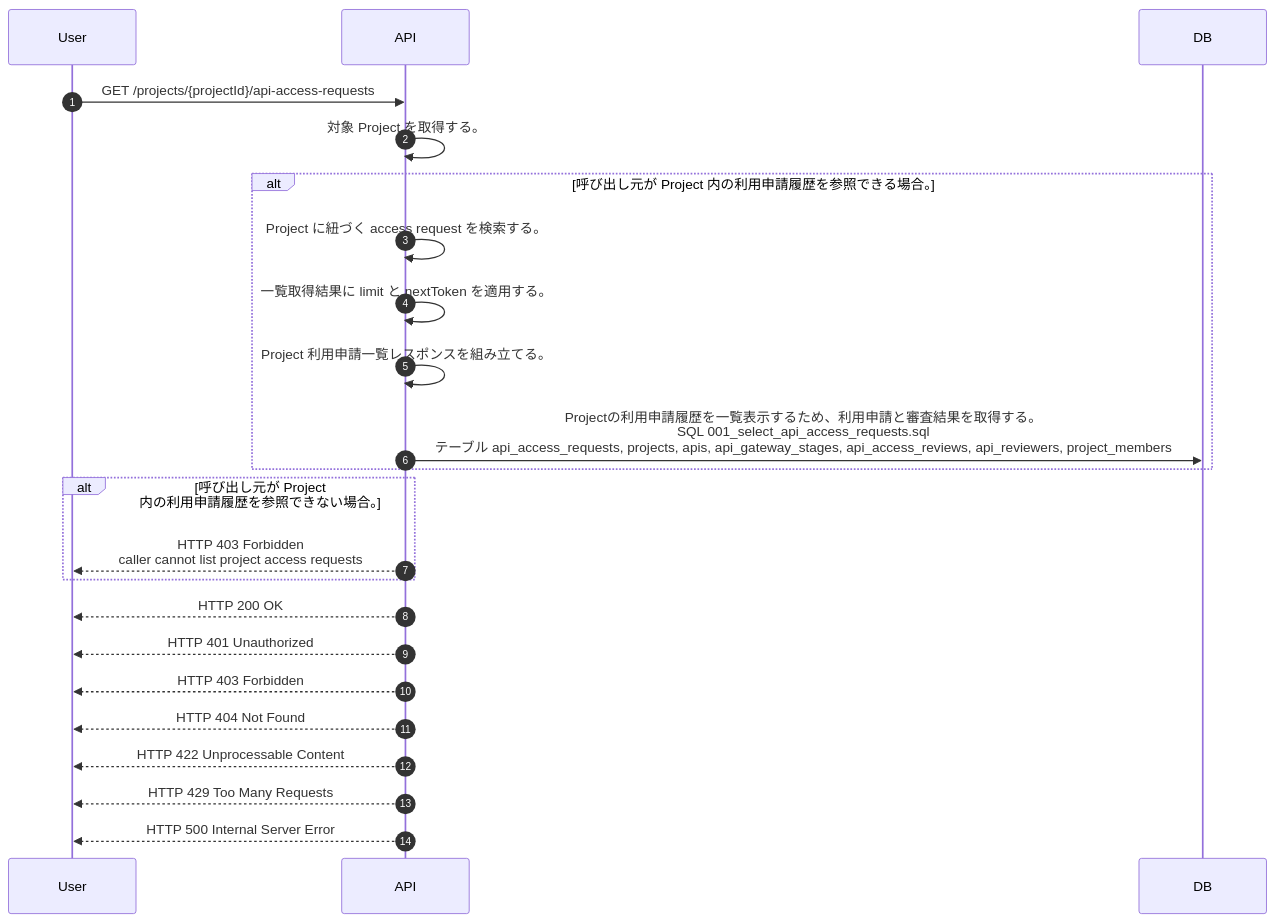
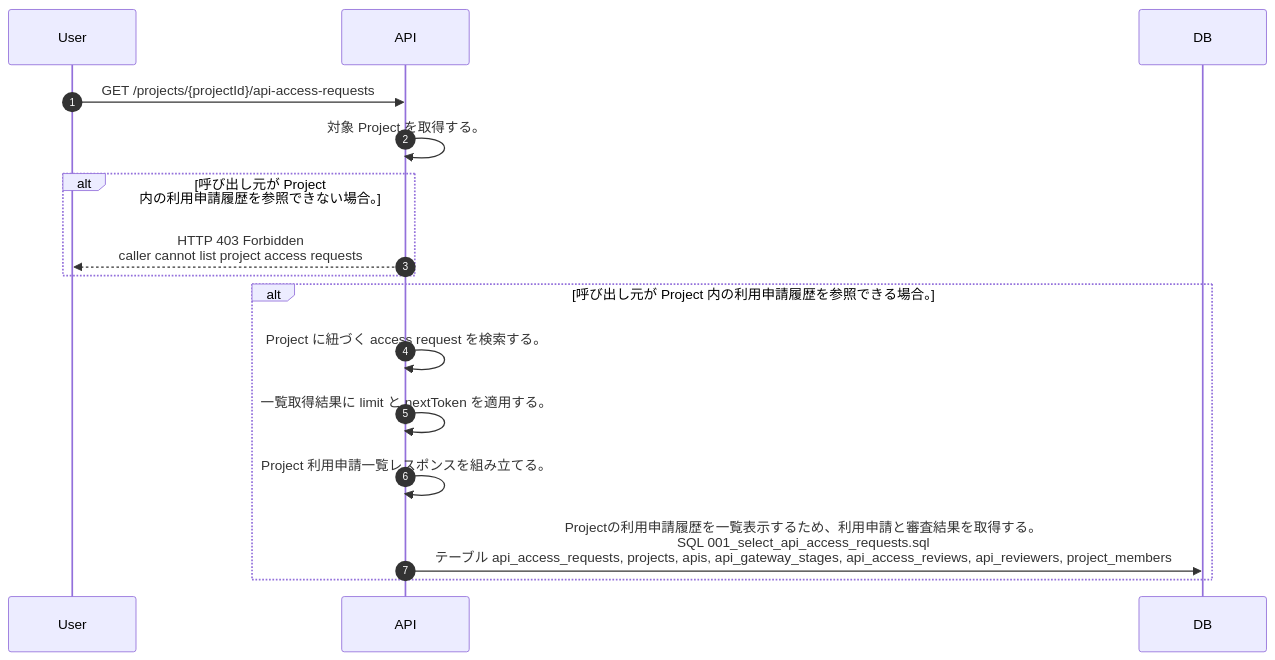
One commit to tsuji-tomonori/lazunex changed the diagram in docs/spec/40.apis/projects/list_project_api_access_requests/sequence_gen.md. Above: the diagram before and after it, drawn with Mermaid. The commit also changed 39 other files, not shown here.

Commit message:
🐛 fix(api): error_responsesとシーケンス出力を実装に同期

````diff
--- a/docs/spec/40.apis/projects/list_project_api_access_requests/sequence_gen.md
+++ b/docs/spec/40.apis/projects/list_project_api_access_requests/sequence_gen.md
@@ -5,25 +5,18 @@
 ```mermaid
 sequenceDiagram
   autonumber
   participant User as User
   participant API as API
   participant DB as DB
   User->>API: GET /projects/{projectId}/api-access-requests
   API->>API: 対象 Project を取得する。
+  alt 呼び出し元が Project 内の利用申請履歴を参照できない場合。
+    API-->>User: HTTP 403 Forbidden<br/>caller cannot list project access requests
+  end
   alt 呼び出し元が Project 内の利用申請履歴を参照できる場合。
     API->>API: Project に紐づく access request を検索する。
     API->>API: 一覧取得結果に limit と nextToken を適用する。
     API->>API: Project 利用申請一覧レスポンスを組み立てる。
     API->>DB: Projectの利用申請履歴を一覧表示するため、利用申請と審査結果を取得する。<br/>SQL 001_select_api_access_requests.sql<br/>テーブル api_access_requests, projects, apis, api_gateway_stages, api_access_reviews, api_reviewers, project_members
   end
-  alt 呼び出し元が Project 内の利用申請履歴を参照できない場合。
-    API-->>User: HTTP 403 Forbidden<br/>caller cannot list project access requests
-  end
-  API-->>User: HTTP 200 OK
-  API-->>User: HTTP 401 Unauthorized
-  API-->>User: HTTP 403 Forbidden
-  API-->>User: HTTP 404 Not Found
-  API-->>User: HTTP 422 Unprocessable Content
-  API-->>User: HTTP 429 Too Many Requests
-  API-->>User: HTTP 500 Internal Server Error
 ```
````
